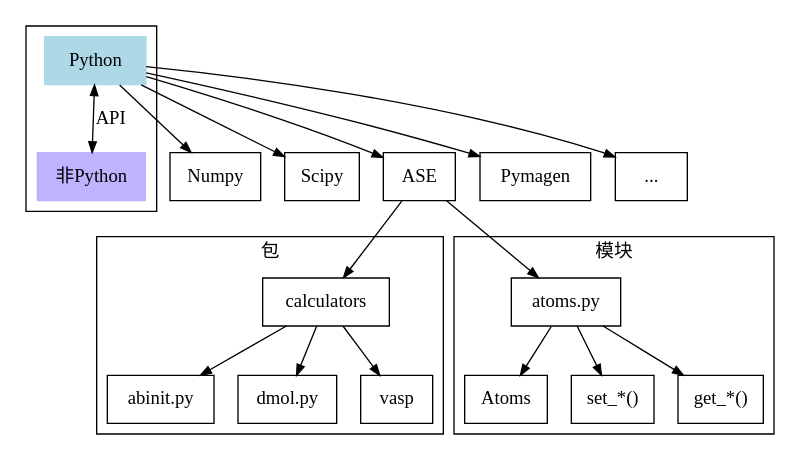
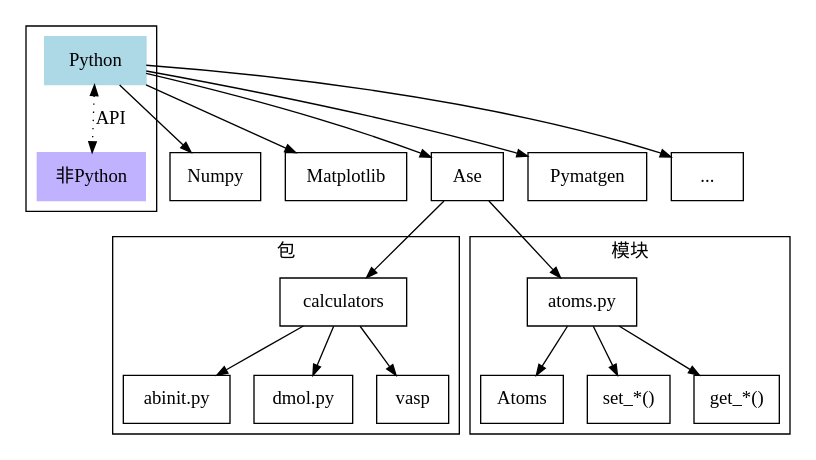
One commit to tingfengliu/ldr changed the diagram in Doing/data/python_tree.dot. Above: the diagram before and after it, drawn with Graphviz. The commit also changed 3 other files, not shown here.

```diff
--- a/Doing/data/python_tree.dot
+++ b/Doing/data/python_tree.dot
@@ -1,29 +1,30 @@
 digraph python{  
     node [shape=box];    
     edge [arrowsize = 0.8]; 
 
     " Python "[color=lightblue,style=filled];
-    " Python " -> {Numpy, Scipy, ASE, Pymagen, "..."};
+    " Python " -> {Numpy, Matplotlib, Ase, Pymatgen, "..."};
+
     "非Python"[style=filled,color=".7 .3 1.0"];       
     subgraph cluster0{
         rankdir=LR;
         rank = same;
-        " Python " -> "非Python"[dir=both, label="API"]}
+        " Python " -> "非Python"[dir=both, label="API", style=dotted]}
         
-    ASE -> "calculators";        
+    Ase -> "calculators";        
     subgraph cluster1{
         node [shape=box];
         label = "包";
         calculators -> "abinit.py";
         calculators -> "dmol.py";
         calculators -> "vasp";}
 
-    ASE -> "atoms.py";
+    Ase -> "atoms.py";
     subgraph cluster2{
         node [shape=box];
         label = "模块";
         "atoms.py" -> Atoms;
         "atoms.py" -> "set_*()";
         "atoms.py" -> "get_*()";
     }
 }
```
